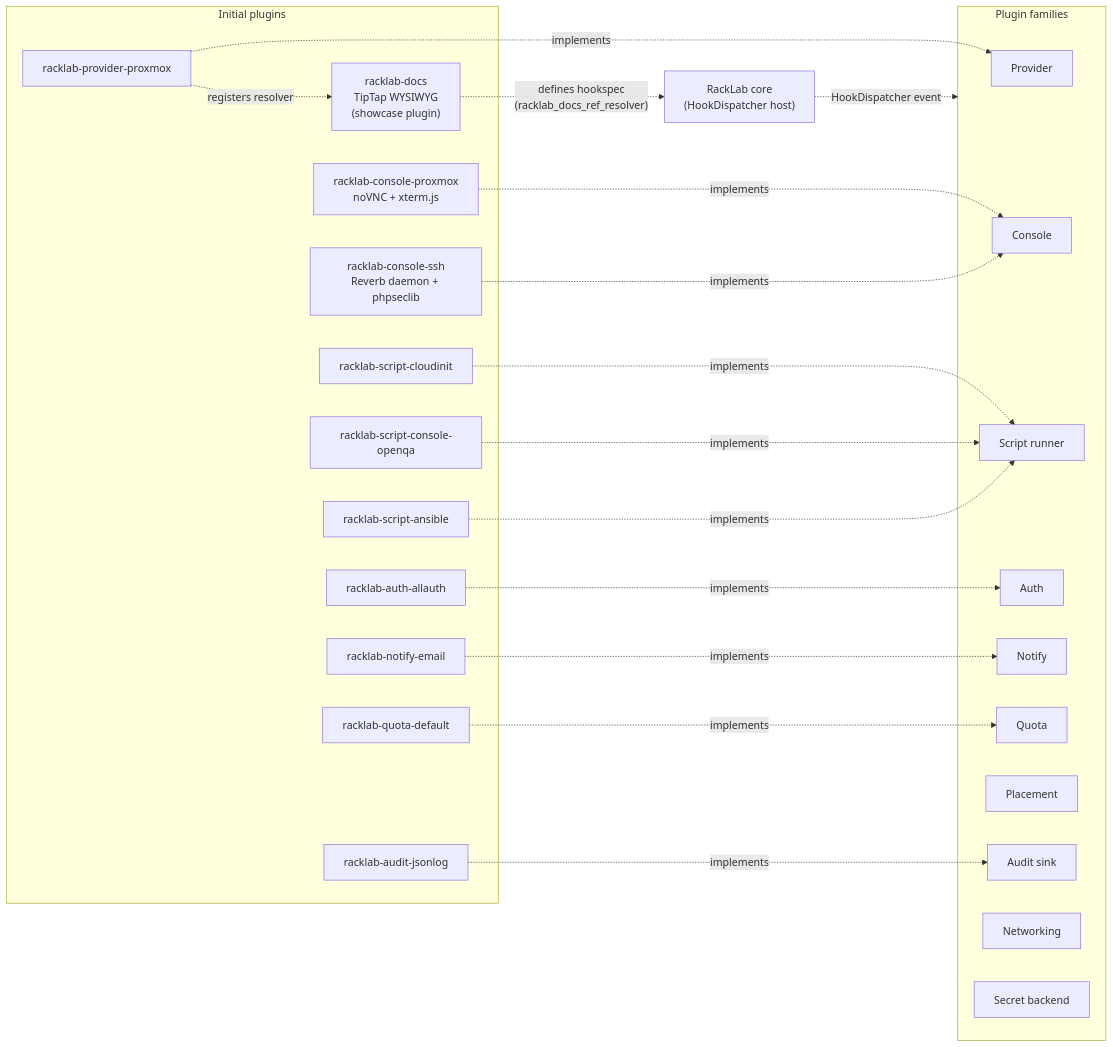
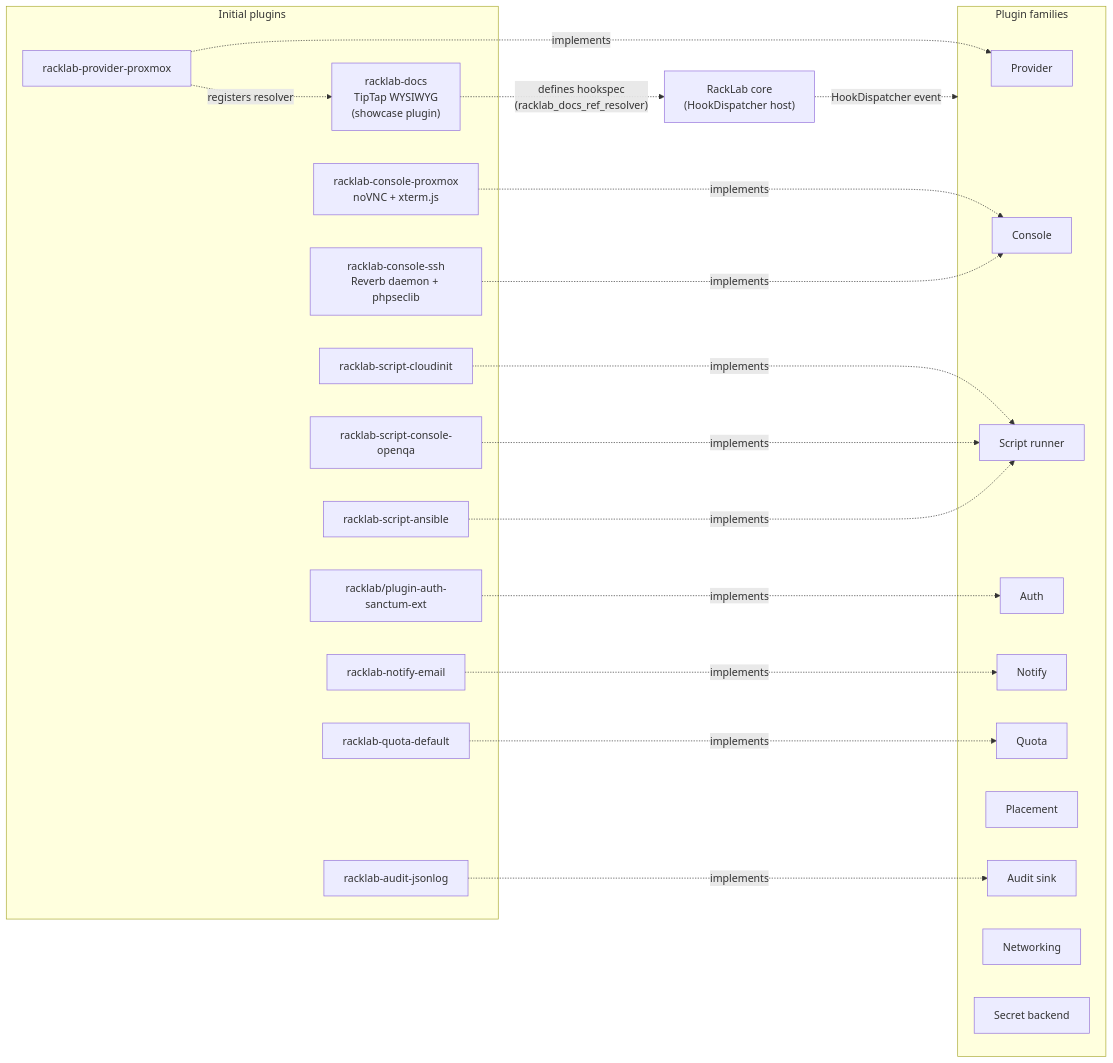
One commit to cyberbalsa/racklab changed the second of 8 diagrams in docs/architecture/diagrams.md. Above: the diagram before and after it, drawn with Mermaid. The commit also changed other lines of this file and 35 other files, not shown here.

````diff
--- a/docs/architecture/diagrams.md
+++ b/docs/architecture/diagrams.md
@@ -77,47 +77,47 @@
 ```mermaid
 graph LR
     Core["RackLab core<br/>(HookDispatcher host)"]
 
     subgraph Families [Plugin families]
         Provider[Provider]
         Console[Console]
         Script[Script runner]
         Auth[Auth]
         Notify[Notify]
         Quota[Quota]
         Place[Placement]
         Audit[Audit sink]
         Net[Networking]
         Secret[Secret backend]
     end
 
     Core -. "HookDispatcher event" .-> Families
 
     subgraph Initial [Initial plugins]
         Prox["racklab-provider-proxmox"]
         ConsProx["racklab-console-proxmox<br/>noVNC + xterm.js"]
         ConsSSH["racklab-console-ssh<br/>Reverb daemon + phpseclib"]
         ScriptCI["racklab-script-cloudinit"]
         ScriptOQA["racklab-script-console-openqa"]
         ScriptA["racklab-script-ansible"]
-        AuthA["racklab-auth-allauth"]
+        AuthA["racklab/plugin-auth-sanctum-ext"]
         NotifE["racklab-notify-email"]
         AuditJ["racklab-audit-jsonlog"]
         QuotaD["racklab-quota-default"]
         Docs["racklab-docs<br/>TipTap WYSIWYG<br/>(showcase plugin)"]
     end
 
     Prox -. implements .-> Provider
     ConsProx -. implements .-> Console
     ConsSSH -. implements .-> Console
     ScriptCI -. implements .-> Script
     ScriptOQA -. implements .-> Script
     ScriptA -. implements .-> Script
     AuthA -. implements .-> Auth
     NotifE -. implements .-> Notify
     AuditJ -. implements .-> Audit
     QuotaD -. implements .-> Quota
 
     Docs -. "defines hookspec<br/>(racklab_docs_ref_resolver)" .-> Core
     Prox -. "registers resolver" .-> Docs
 ```
````
